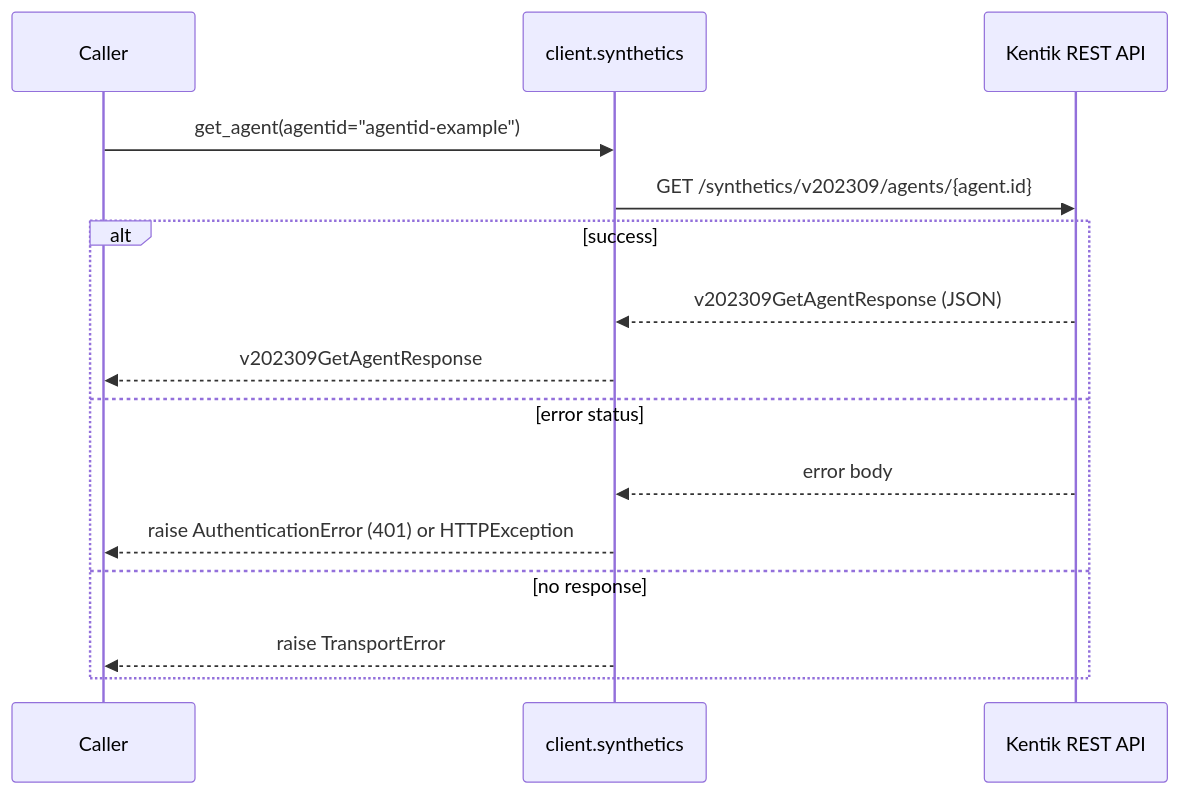
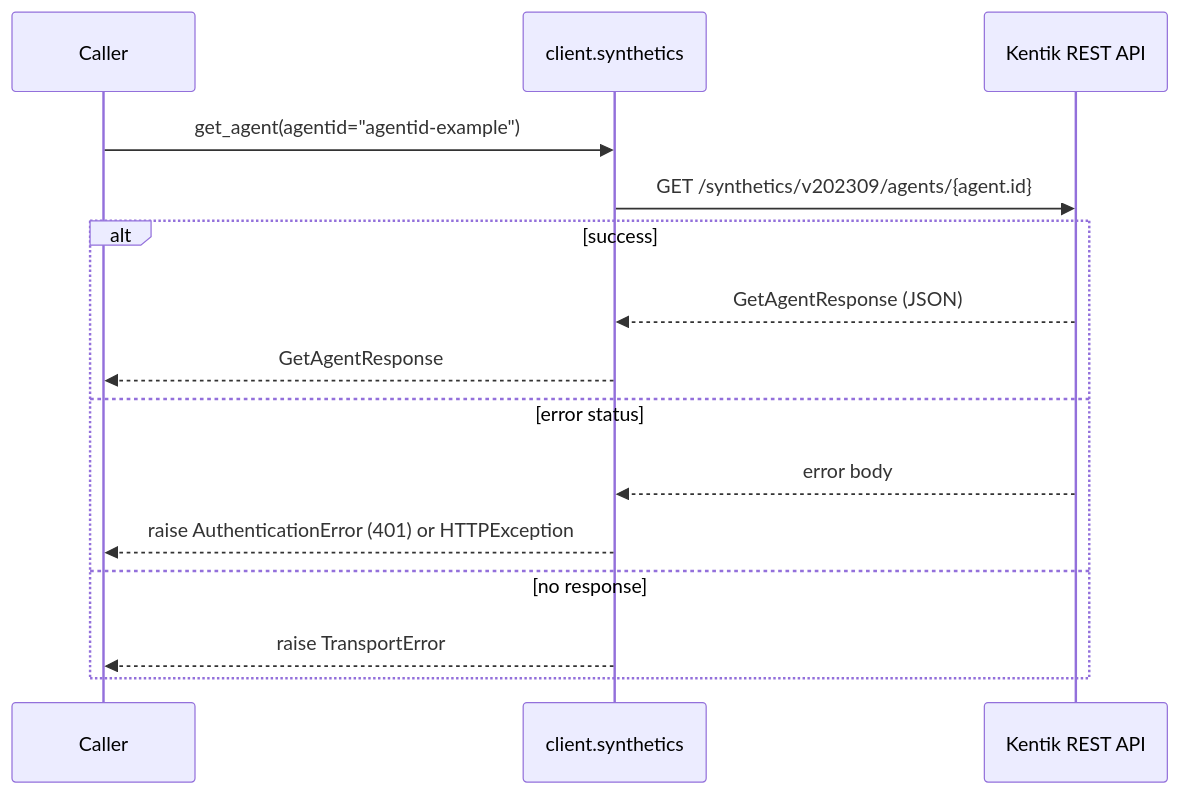
One commit to alexdearaujo/community_sdk_python changed diagram 14 of 38 in docs/sphinx/services/synthetics.md. Above: the diagram before and after it, drawn with Mermaid. The commit also changed other lines of this file and 38 other files, not shown here.

````diff
--- a/docs/sphinx/services/synthetics.md
+++ b/docs/sphinx/services/synthetics.md
@@ -488,18 +488,18 @@
 ```mermaid
 sequenceDiagram
     participant C as Caller
     participant W as client.synthetics
     participant API as Kentik REST API
 
     C->>W: get_agent(agentid="agentid-example")
     W->>API: GET /synthetics/v202309/agents/{agent.id}
     alt success
-        API-->>W: v202309GetAgentResponse (JSON)
-        W-->>C: v202309GetAgentResponse
+        API-->>W: GetAgentResponse (JSON)
+        W-->>C: GetAgentResponse
     else error status
         API-->>W: error body
         W-->>C: raise AuthenticationError (401) or HTTPException
     else no response
         W-->>C: raise TransportError
     end
 ```
````
